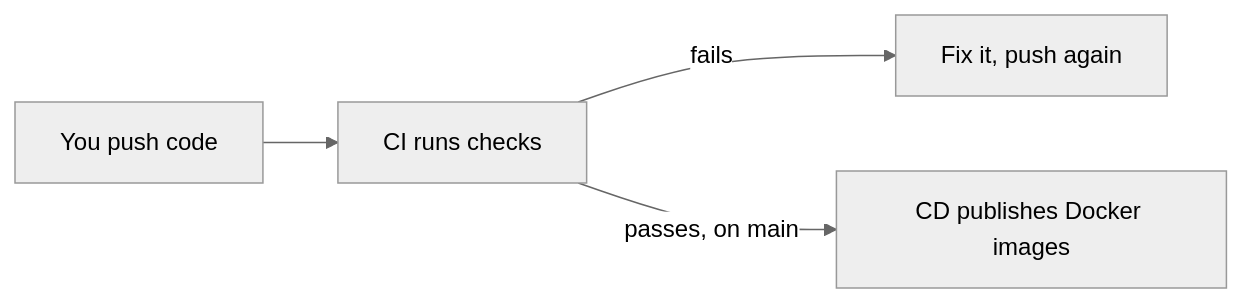
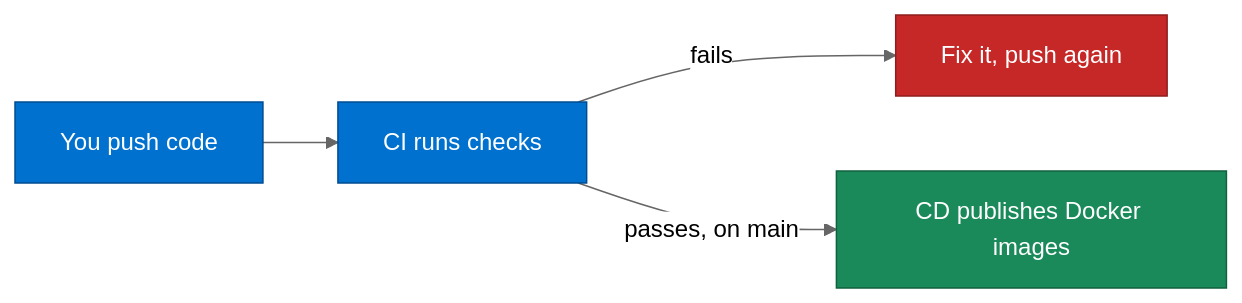
The first of 4 diagrams in docs/ci-cd.md (Nitinx12/DBT-Medallion-Pipeline), drawn with Mermaid (neutral theme) before and after one commit. The commit also changed other lines of this file and 2 other files, not shown here.

First line of the commit message:
docs: color mermaid diagrams and fix attached counts

````diff
--- a/docs/ci-cd.md
+++ b/docs/ci-cd.md
@@ -18,6 +18,13 @@
 ```mermaid
 flowchart LR
     A["You push code"] --> B["CI runs checks"]
     B -->|"fails"| C["Fix it, push again"]
     B -->|"passes, on main"| D["CD publishes Docker images"]
+
+    classDef action fill:#0071CE,color:#fff,stroke:#004C91
+    classDef bad fill:#C62828,color:#fff,stroke:#8f1d1d
+    classDef good fill:#1B8A5A,color:#fff,stroke:#11603e
+    class A,B action
+    class C bad
+    class D good
 ```
````
